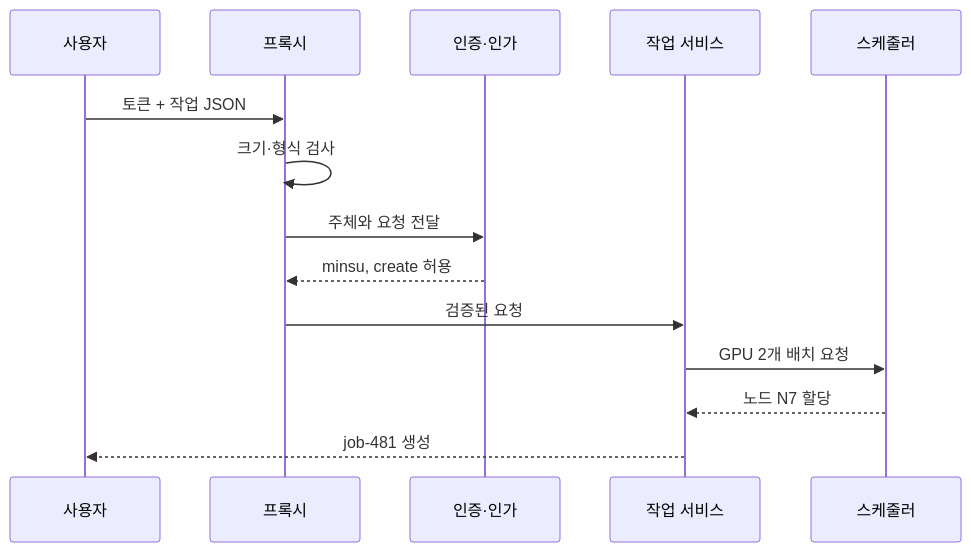
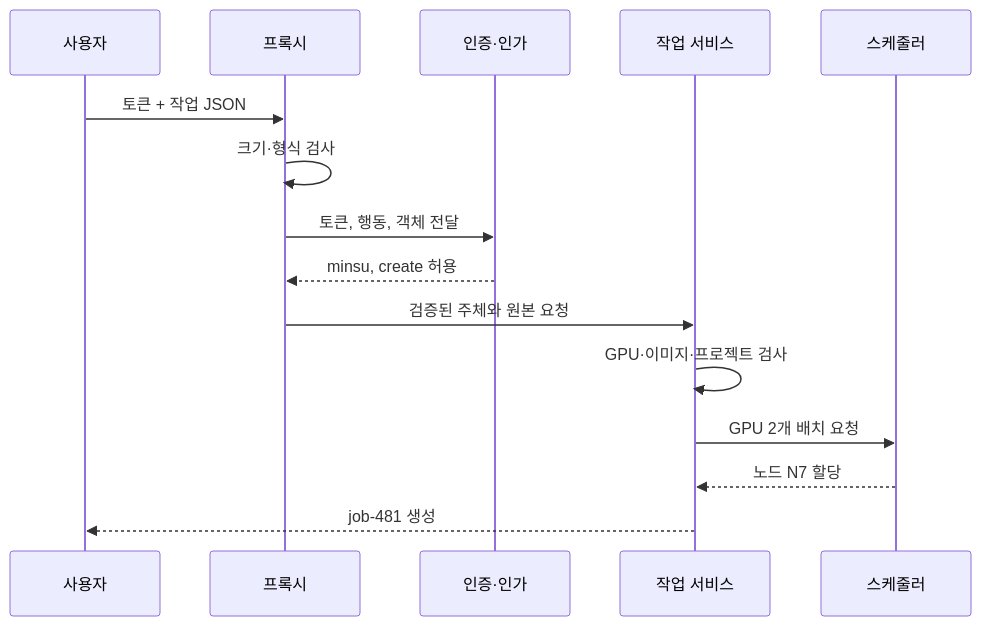
Before and after one commit to mj006648/netai-devsecops-runbook: the diagram in learning/security-cryptography/00-security-and-trust-map.md, drawn with Mermaid. The commit also changed other lines of this file and 165 other files, not shown here.

````diff
--- a/learning/security-cryptography/00-security-and-trust-map.md
+++ b/learning/security-cryptography/00-security-and-trust-map.md
@@ -47,16 +122,17 @@
 ```mermaid
 sequenceDiagram
     participant U as 사용자
     participant P as 프록시
     participant A as 인증·인가
     participant J as 작업 서비스
     participant S as 스케줄러
     U->>P: 토큰 + 작업 JSON
     P->>P: 크기·형식 검사
-    P->>A: 주체와 요청 전달
+    P->>A: 토큰, 행동, 객체 전달
     A-->>P: minsu, create 허용
-    P->>J: 검증된 요청
+    P->>J: 검증된 주체와 원본 요청
+    J->>J: GPU·이미지·프로젝트 검사
     J->>S: GPU 2개 배치 요청
     S-->>J: 노드 N7 할당
     J-->>U: job-481 생성
 ```
````
